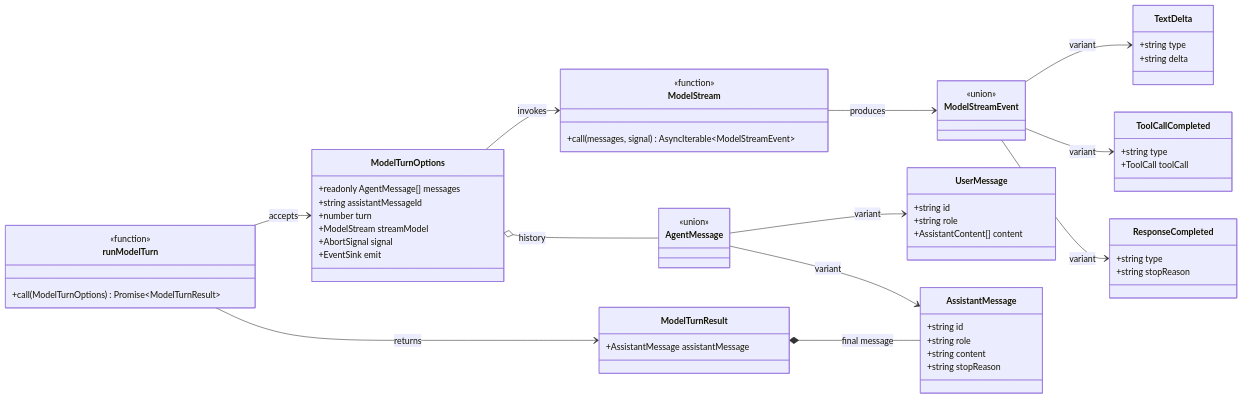
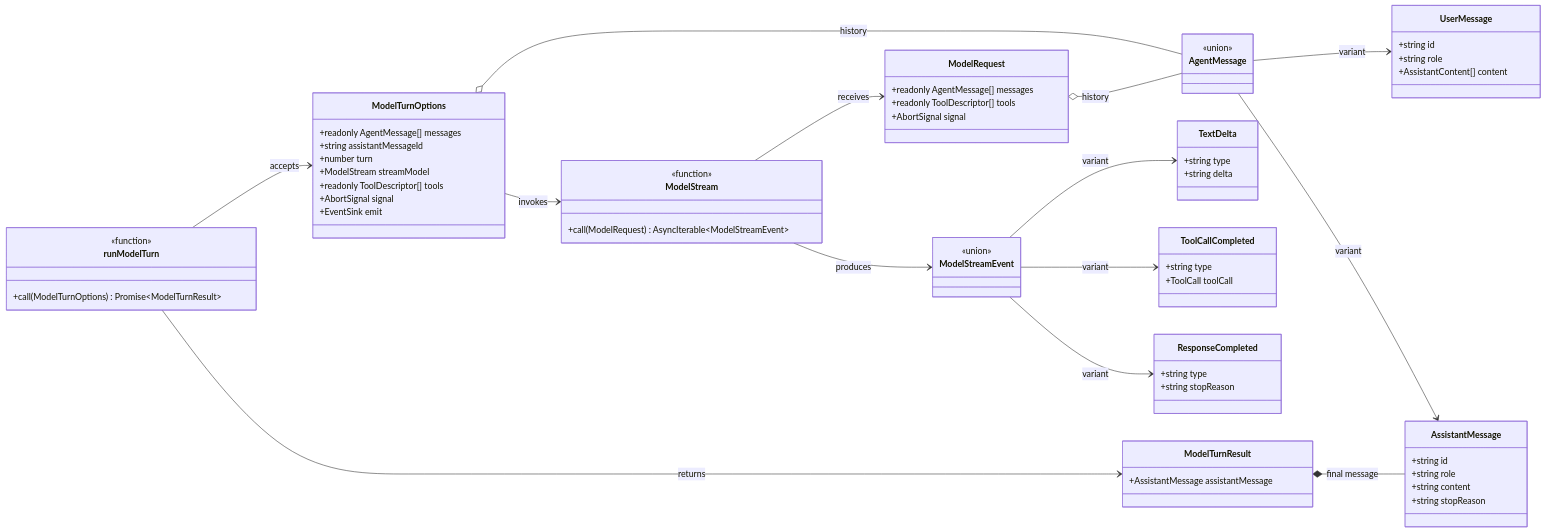
Before and after one commit to kogorou0105-bit/landache: the diagram in docs/en/architecture/model-turn.md, drawn with Mermaid. The commit also changed other lines of this file and 49 other files, not shown here.

```diff
--- a/docs/en/architecture/model-turn.md
+++ b/docs/en/architecture/model-turn.md
@@ -100,13 +100,20 @@
         +string assistantMessageId
         +number turn
         +ModelStream streamModel
+        +readonly ToolDescriptor[] tools
         +AbortSignal signal
         +EventSink emit
     }
 
     class ModelStream {
         <<function>>
-        +call(messages, signal) AsyncIterable~ModelStreamEvent~
+        +call(ModelRequest) AsyncIterable~ModelStreamEvent~
+    }
+
+    class ModelRequest {
+        +readonly AgentMessage[] messages
+        +readonly ToolDescriptor[] tools
+        +AbortSignal signal
     }
 
     class ModelStreamEvent {
@@ -153,6 +160,8 @@
     runModelTurn --> ModelTurnResult : returns
     ModelTurnOptions o-- AgentMessage : history
     ModelTurnOptions --> ModelStream : invokes
+    ModelStream --> ModelRequest : receives
+    ModelRequest o-- AgentMessage : history
     ModelStream --> ModelStreamEvent : produces
     ModelStreamEvent --> TextDelta : variant
     ModelStreamEvent --> ToolCallCompleted : variant
```
